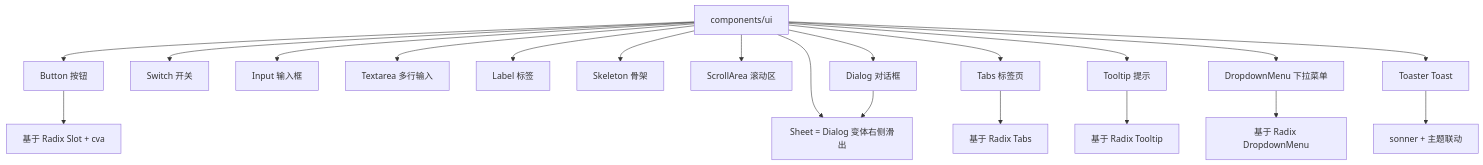
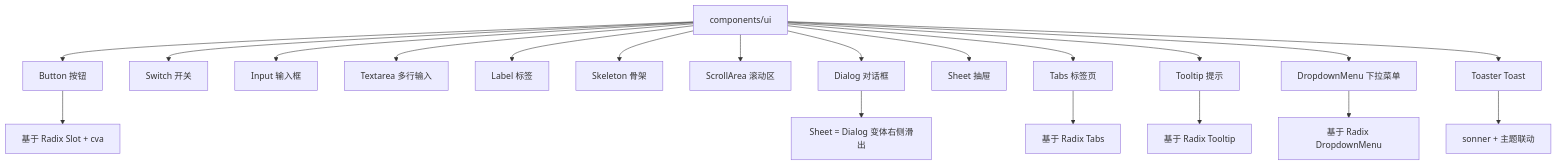
The sixth of 21 diagrams in docs/design/09-ux-interaction-spec.md (zlh12331/superagent), drawn with Mermaid before and after one commit. The commit also changed other lines of this file, not shown here.

Commit message:
docs: fix mermaid syntax (escape angle brackets, subgraph ids, state transitions)

````diff
--- a/docs/design/09-ux-interaction-spec.md
+++ b/docs/design/09-ux-interaction-spec.md
@@ -272,22 +272,22 @@
 ```mermaid
 graph TD
   A[components/ui] --> B[Button 按钮]
   A --> C[Switch 开关]
   A --> D[Input 输入框]
   A --> E[Textarea 多行输入]
   A --> F[Label 标签]
   A --> G[Skeleton 骨架]
   A --> H[ScrollArea 滚动区]
   A --> I[Dialog 对话框]
   A --> J[Sheet 抽屉]
   A --> K[Tabs 标签页]
   A --> L[Tooltip 提示]
   A --> M[DropdownMenu 下拉菜单]
   A --> N[Toaster Toast]
   B --> B1[基于 Radix Slot + cva]
-  I --> J[Sheet = Dialog 变体右侧滑出]
+  I --> J1[Sheet = Dialog 变体右侧滑出]
   K --> K1[基于 Radix Tabs]
   L --> L1[基于 Radix Tooltip]
   M --> M1[基于 Radix DropdownMenu]
   N --> N1[sonner + 主题联动]
 ```
````
